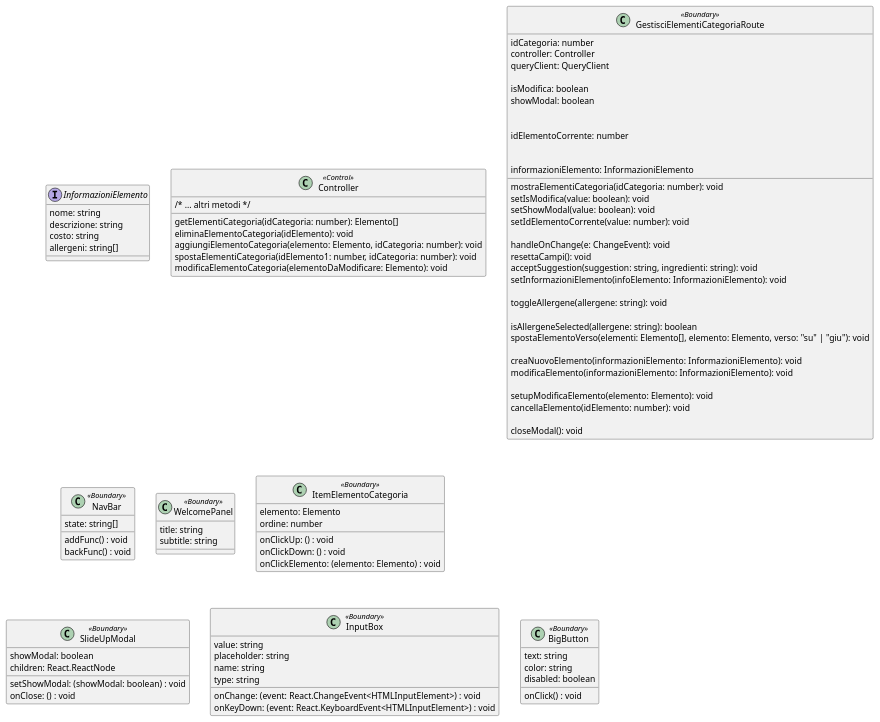
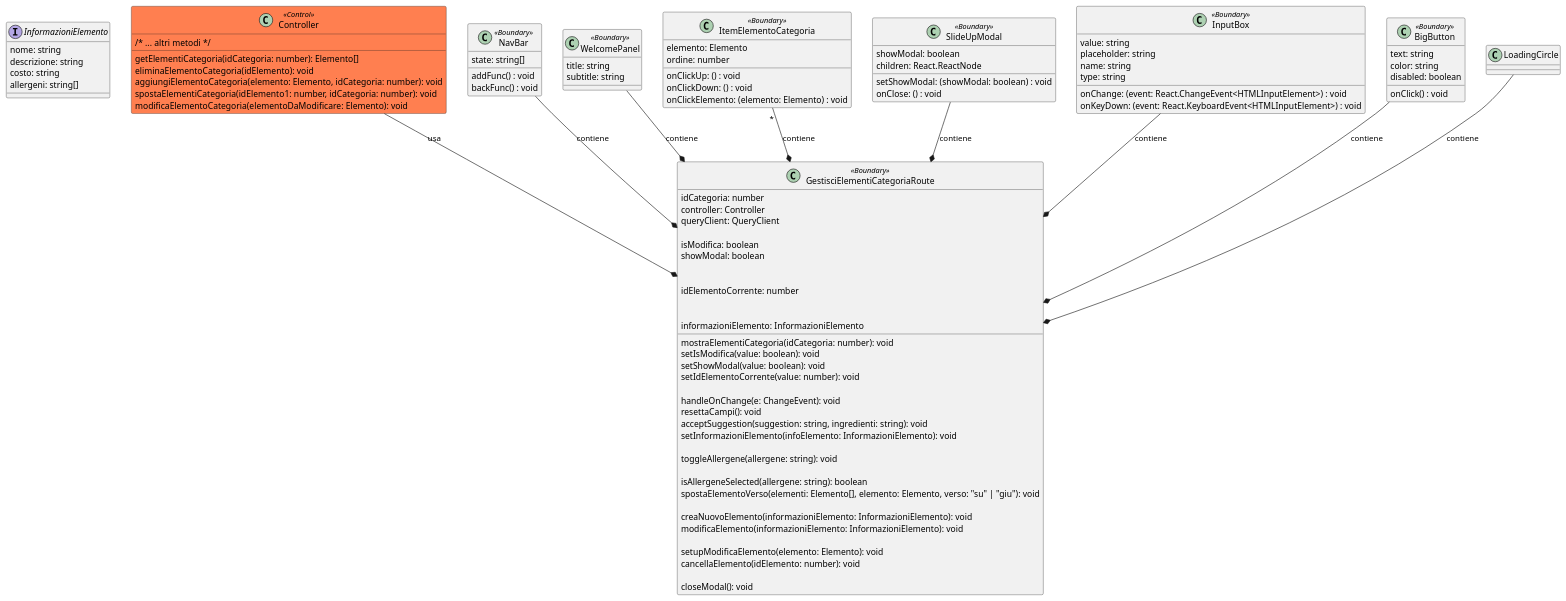
One commit to macro21KGB/Esame-INGSW-22-23 changed the diagram in diagrams/PUML/routes/GestisciElementiCategoriaRoute.puml. Above: the diagram before and after it, drawn with PlantUML. The commit also changed 5 other files, not shown here.

```diff
--- a/diagrams/PUML/routes/GestisciElementiCategoriaRoute.puml
+++ b/diagrams/PUML/routes/GestisciElementiCategoriaRoute.puml
@@ -1,111 +1,119 @@
 @startuml
 
 interface InformazioniElemento {
 	nome: string
 	descrizione: string
 	costo: string
 	allergeni: string[]
 }
 
-class Controller <<Control>>{
+class Controller <<Control>> #coral{
 
 	/* ... altri metodi */
 	getElementiCategoria(idCategoria: number): Elemento[]
 	eliminaElementoCategoria(idElemento): void
 	aggiungiElementoCategoria(elemento: Elemento, idCategoria: number): void
 	spostaElementiCategoria(idElemento1: number, idCategoria: number): void
 	modificaElementoCategoria(elementoDaModificare: Elemento): void
 }
 
 class GestisciElementiCategoriaRoute <<Boundary>> {
 	
 	idCategoria: number
 	controller: Controller
 	queryClient: QueryClient
 	mostraElementiCategoria(idCategoria: number): void
 
 	isModifica: boolean
 	showModal: boolean
 
 	setIsModifica(value: boolean): void
 	setShowModal(value: boolean): void
 
 	idElementoCorrente: number
 	setIdElementoCorrente(value: number): void
 
 	handleOnChange(e: ChangeEvent): void
 	resettaCampi(): void 
 	acceptSuggestion(suggestion: string, ingredienti: string): void
 
 	informazioniElemento: InformazioniElemento
 	setInformazioniElemento(infoElemento: InformazioniElemento): void
 
 	toggleAllergene(allergene: string): void
 
 	isAllergeneSelected(allergene: string): boolean
 	spostaElementoVerso(elementi: Elemento[], elemento: Elemento, verso: "su" | "giu"): void
 
 	creaNuovoElemento(informazioniElemento: InformazioniElemento): void
 	modificaElemento(informazioniElemento: InformazioniElemento): void
 
 	setupModificaElemento(elemento: Elemento): void
 	cancellaElemento(idElemento: number): void
 
 	closeModal(): void
 }
 
 class NavBar <<Boundary>> {
 
 	addFunc() : void
 	backFunc() : void
 	state: string[]
 	
 }
 
 class WelcomePanel <<Boundary>> {
 
   title: string
 	subtitle: string
 
 }
 	
 class ItemElementoCategoria <<Boundary>> {
 
 	elemento: Elemento
 	onClickUp: () : void
 	onClickDown: () : void
 	onClickElemento: (elemento: Elemento) : void
 	ordine: number
 
 }
 
 class SlideUpModal <<Boundary>> {
 
 	showModal: boolean
 	setShowModal: (showModal: boolean) : void
 	children: React.ReactNode
 	onClose: () : void
 
 }
 
 class InputBox <<Boundary>> {
 
 	value: string
 	placeholder: string
 	name: string
 	type: string
 	onChange: (event: React.ChangeEvent<HTMLInputElement>) : void
 	onKeyDown: (event: React.KeyboardEvent<HTMLInputElement>) : void
 
 }
 
 class BigButton <<Boundary>> {
 
   onClick() : void
   text: string
   color: string
   disabled: boolean
 
 }
+BigButton--* GestisciElementiCategoriaRoute : contiene
+InputBox --* GestisciElementiCategoriaRoute : contiene
+SlideUpModal --* GestisciElementiCategoriaRoute : contiene
+ItemElementoCategoria "*"--* GestisciElementiCategoriaRoute : contiene
+WelcomePanel--* GestisciElementiCategoriaRoute : contiene
+NavBar --* GestisciElementiCategoriaRoute : contiene
+LoadingCircle --* GestisciElementiCategoriaRoute : contiene
 
+Controller --* GestisciElementiCategoriaRoute : usa
 @enduml
```
